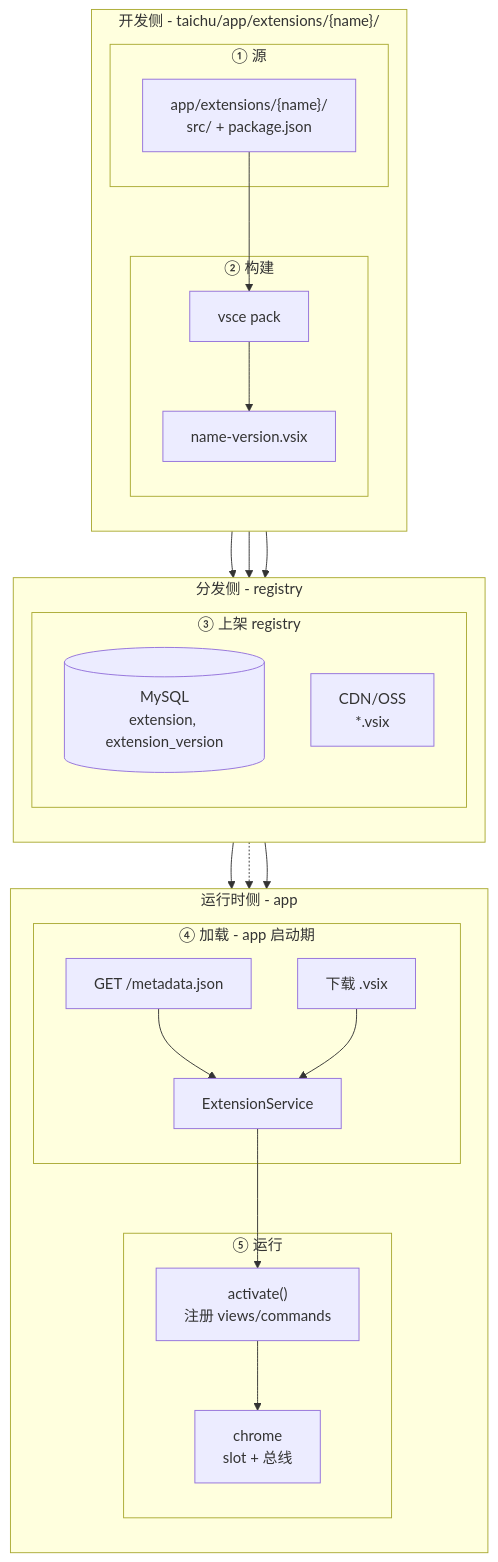
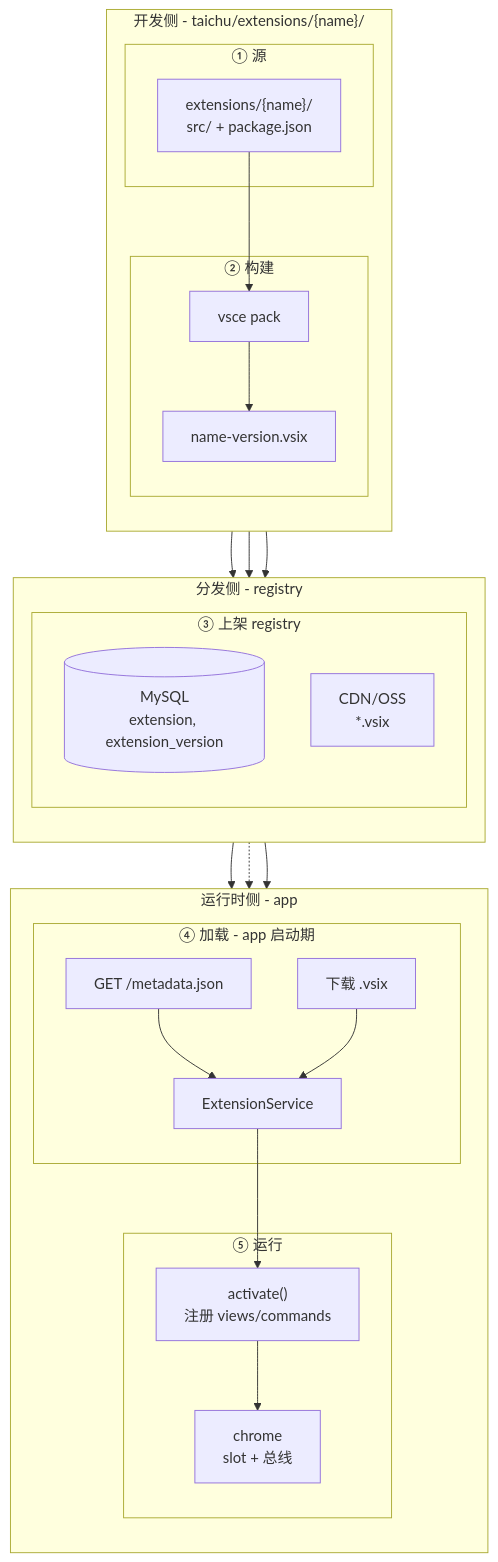
One commit to weizuxiao911/honghuang changed the seventh of 9 diagrams in 架构设计.md. Above: the diagram before and after it, drawn with Mermaid. The commit also changed other lines of this file and 62 other files, not shown here.

````diff
--- a/架构设计.md
+++ b/架构设计.md
@@ -267,50 +267,50 @@
 ```mermaid
 flowchart TD
-    subgraph develop["开发侧 - taichu/app/extensions/{name}/"]
+    subgraph develop["开发侧 - taichu/extensions/{name}/"]
       direction TB
 
       subgraph source["① 源"]
-        src["app/extensions/{name}/<br/>src/ + package.json"]
+        src["extensions/{name}/<br/>src/ + package.json"]
       end
 
       subgraph build["② 构建"]
         tool["vsce pack"]
         pkg["name-version.vsix"]
       end
 
       src --> tool --> pkg
     end
 
     subgraph publish_side["分发侧 - registry"]
       direction TB
 
       subgraph publish["③ 上架 registry"]
         db[("MySQL<br/>extension, extension_version")]
         cdn["CDN/OSS<br/>*.vsix"]
       end
 
       pkg --> db
       pkg --> cdn
     end
 
     subgraph runtime_side["运行时侧 - app"]
       direction TB
 
       subgraph load["④ 加载 - app 启动期"]
         meta["GET /metadata.json"]
         dl["下载 .vsix"]
         ext["ExtensionService"]
       end
 
       subgraph run["⑤ 运行"]
         act["activate()<br/>注册 views/commands"]
         chrome["chrome<br/>slot + 总线"]
       end
 
       db --> meta --> ext
       cdn -.-> dl --> ext
       ext --> act --> chrome
     end
 
     develop --> publish_side --> runtime_side
 ```
````
